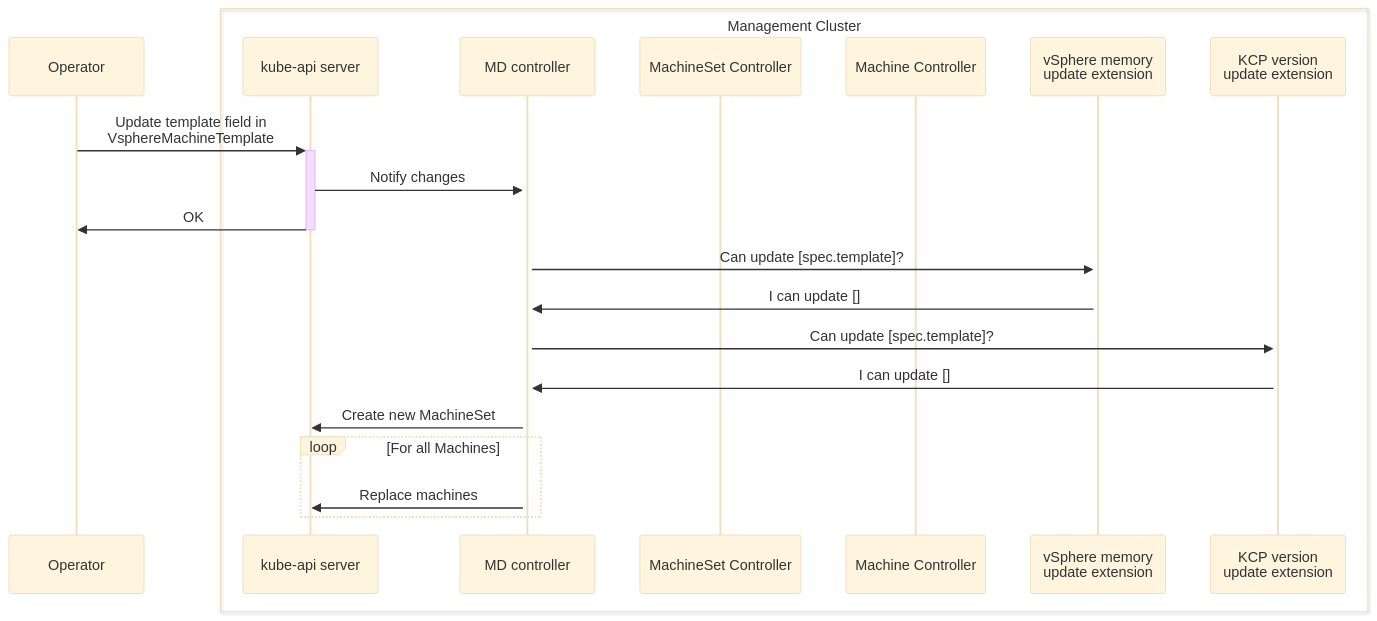
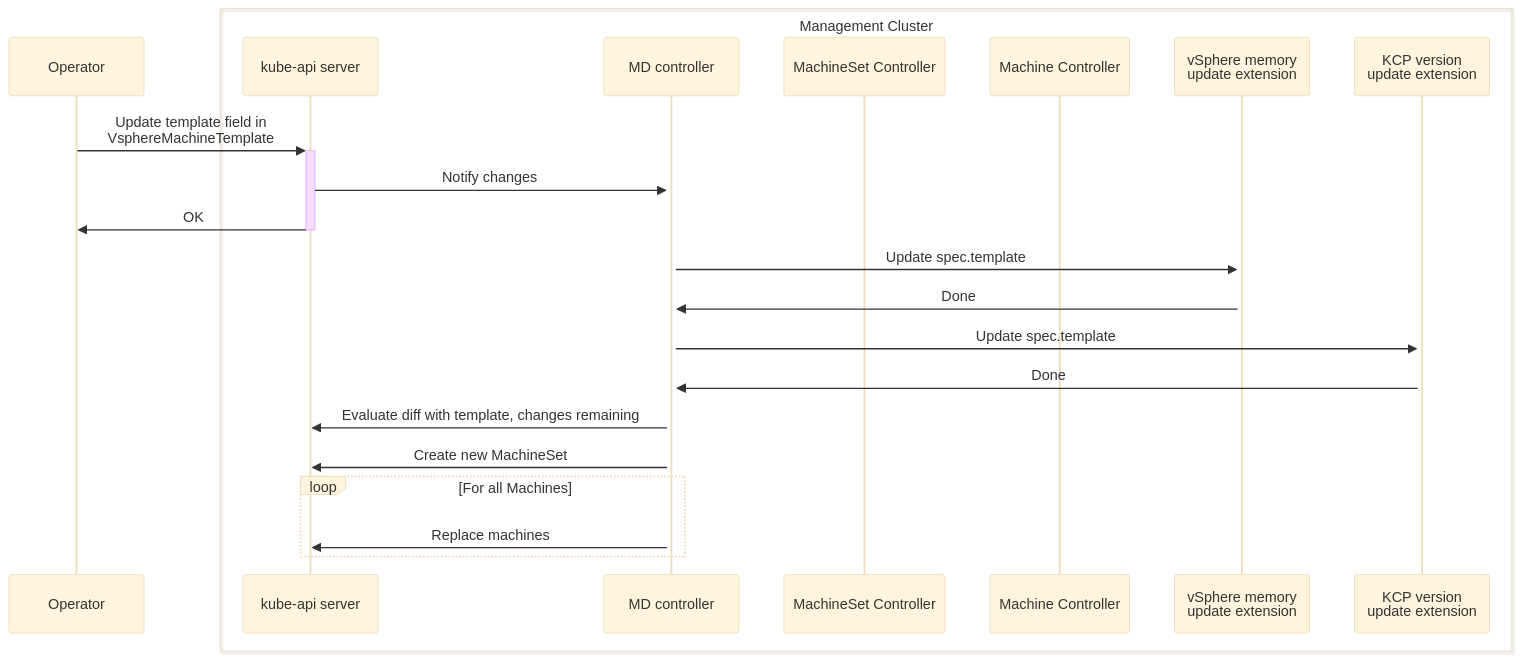
Before and after one commit to g-gaston/cluster-api: the ninth of 9 diagrams in docs/proposals/20240807-in-place-updates.md, drawn with Mermaid (base theme). The commit also changed other lines of this file, not shown here.

Commit message:
Simplify acceptedChanges and planning flow

````diff
--- a/docs/proposals/20240807-in-place-updates.md
+++ b/docs/proposals/20240807-in-place-updates.md
@@ -796,26 +756,27 @@
 ```mermaid
 sequenceDiagram
     participant Operator
 
     box Management Cluster
         participant apiserver as kube-api server
         participant capi as  MD controller
         participant msc as MachineSet Controller
         participant mach as Machine Controller
         participant hook as vSphere memory <br>update extension
         participant hook2 as KCP version <br>update extension
     end
     
 
     Operator->>+apiserver: Update template field in<br> VsphereMachineTemplate
     apiserver->>+capi: Notify changes
     apiserver->>-Operator: OK
-    capi->>+hook: Can update [spec.template]?
-        hook->>capi: I can update []
-    capi->>+hook2: Can update [spec.template]?
-        hook2->>capi: I can update []
+    capi->>+hook: Update spec.template
+        hook->>capi: Done
+    capi->>+hook2: Update spec.template
+        hook2->>capi: Done
+    capi->>apiserver: Evaluate diff with template, changes remaining
     capi->>apiserver: Create new MachineSet
     loop For all Machines
         capi->>apiserver: Replace machines
     end
 ```
````
